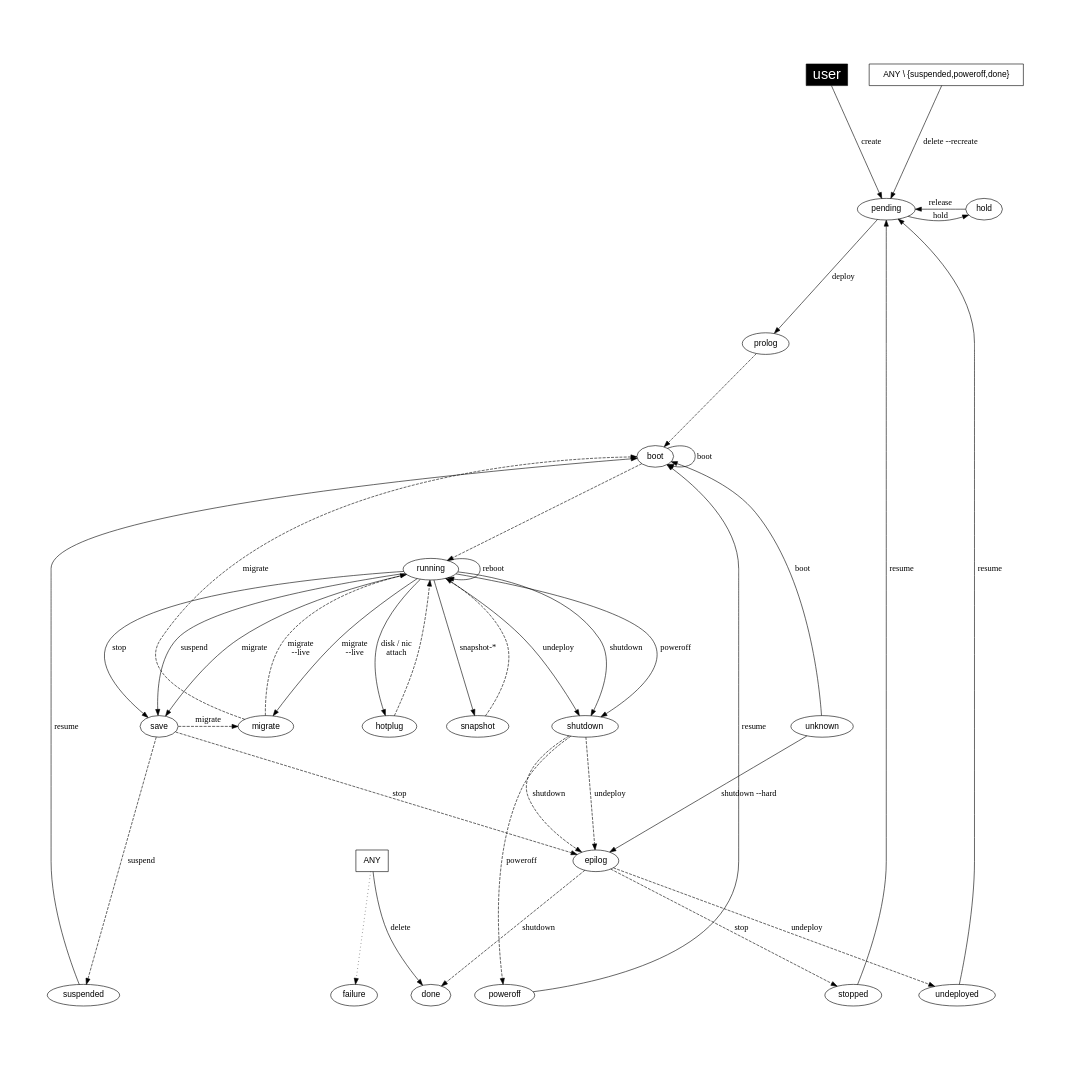
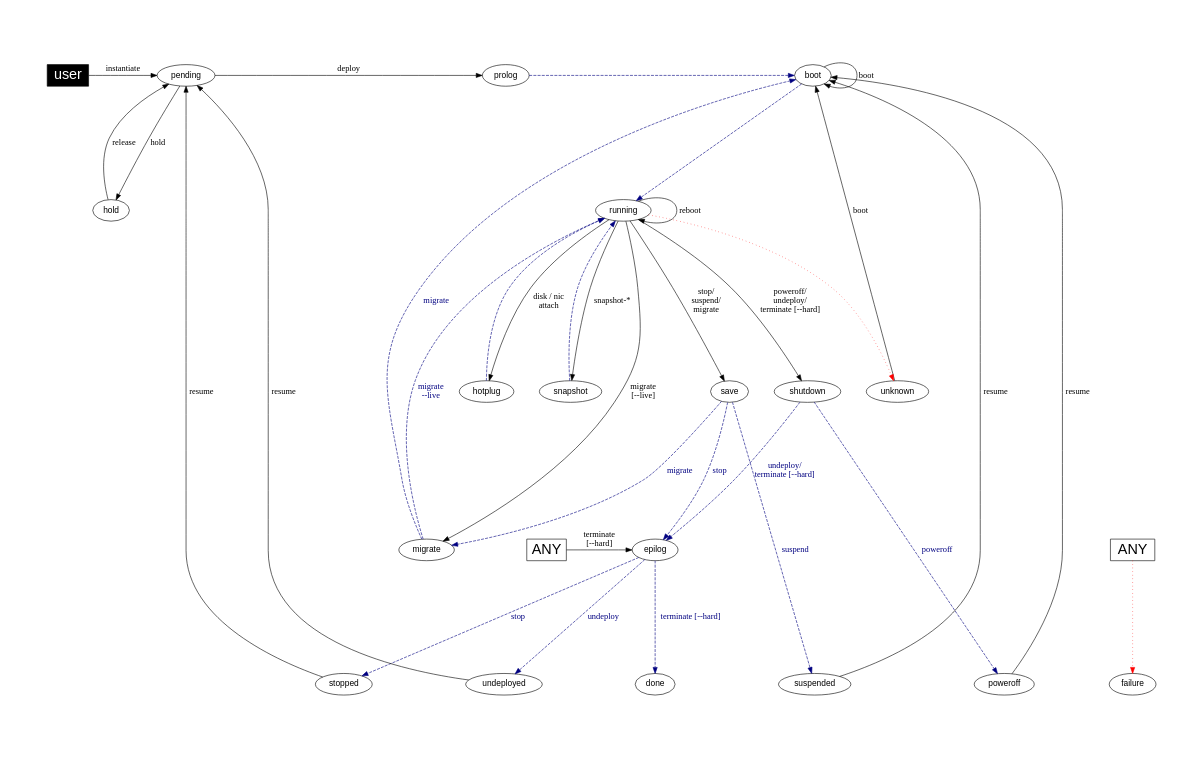
Before and after one commit to OpenNebula/one: the diagram in share/doc/states/states-simple.dot, drawn with Graphviz.

```diff
--- a/share/doc/states/states-simple.dot
+++ b/share/doc/states/states-simple.dot
@@ -1,105 +1,107 @@
 
 
 digraph OpenNebula {
     graph [
-        nodesep= 0.5,
-        ratio=1,
+        nodesep= 0.6,
+        ratio=0.6,
         pad=1,
     ];
 
     node [fontname="Helvetica"];
     edge [fontname="Menlo"];
     
     user [
         fillcolor="black",
         style="filled", shape="box",
         fontcolor="white", fontsize= "24.0"];
 
-    ANY [ shape="box" ];
-    "ANY \\ {suspended,poweroff,done}" [ shape="box" ];
+    ANY [ shape="box", fontsize= "24.0" ];
+    "ANY " [ shape="box", fontsize= "24.0" ];
 
-    subgraph { rank = min; user}
-    subgraph { rank = same; pending; hold; color="white"}
-#    subgraph { rank = same; prolog; boot; color="white" }
-    subgraph { rank = same; migrate; save; shutdown; unknown; hotplug; snapshot;
+    #subgraph { rank = min; user}
+    #subgraph { rank = same; pending; hold; color="white"}
+
+    subgraph { rank = same; user; pending; prolog; boot; color="white"}
+
+    subgraph { rank = same; save; shutdown; unknown; hotplug; snapshot;
         color="white" }
+    subgraph { rank = same; epilog; migrate; ANY; color="white" }
     subgraph { rank = max; suspended; done; failure; stopped; poweroff; undeployed; color="white" }
 
 #   create
-    user -> pending [label="create"];
+    user -> pending [label="instantiate"];
 
 #   deploy
     pending     -> prolog [label="deploy"];
-    prolog      -> boot [style="dashed"];
-    boot        -> running [style="dashed"];
+    prolog      -> boot [style="dashed", color="navy", fontcolor="navy"];
+    boot        -> running [style="dashed", color="navy", fontcolor="navy"];
 
-#   shutdown
-    running     -> shutdown [label="shutdown"];
-    shutdown    -> epilog [label="shutdown", style="dashed"];
-    epilog      -> done [label="shutdown", style="dashed"];
-    unknown     -> epilog [label="shutdown --hard"];
+#   terminate
+    #running     -> shutdown [label="terminate [--hard]"];
+    shutdown    -> epilog [label="undeploy/\nterminate [--hard]", style="dashed", color="navy", fontcolor="navy"];
+    epilog      -> done [label="terminate [--hard]", style="dashed", color="navy", fontcolor="navy"];
 
 #   poweroff
-    running     -> shutdown [label="poweroff"];
-    shutdown    -> poweroff [label="poweroff", style="dashed"];
+    running     -> shutdown [label="poweroff/\nundeploy/\nterminate [--hard]"];
+    shutdown    -> poweroff [label="poweroff", style="dashed", color="navy", fontcolor="navy"];
 
 #   livemigrate
-    running     -> migrate [label="migrate\n--live"];
-    migrate     -> running [label="migrate\n--live", style="dashed"];
+    running     -> migrate [label="migrate\n[--live]"];
+    migrate     -> running [label="migrate\n--live", style="dashed", color="navy", fontcolor="navy"];
 
 #   migrate
-    running     -> save [label="migrate"];
-    save        -> migrate [label="migrate", style="dashed"];
-    migrate     -> boot [label="migrate", style="dashed"];
+    #running     -> save [label="migrate"];
+    save        -> migrate [label="migrate", style="dashed", color="navy", fontcolor="navy"];
+    migrate     -> boot [label="migrate", style="dashed", color="navy", fontcolor="navy"];
 
 #   hold
     pending     -> hold [label="hold"];
 
 #   release
     hold        -> pending [label="release"];
 
 #   stop
-    running     -> save [label="stop"];
-    save        -> epilog [label="stop", style="dashed"];
-    epilog      -> stopped [label="stop", style="dashed"];
+    running     -> save [label="stop/\nsuspend/\nmigrate"];
+    save        -> epilog [label="stop", style="dashed", color="navy", fontcolor="navy"];
+    epilog      -> stopped [label="stop", style="dashed", color="navy", fontcolor="navy"];
 
 #   undeploy
-    running     -> shutdown [label="undeploy"];
-    shutdown    -> epilog [label="undeploy", style="dashed"];
-    epilog      -> undeployed [label="undeploy", style="dashed"];
+    #running     -> shutdown [label="undeploy"];
+    #shutdown    -> epilog [label="undeploy", style="dashed", color="navy", fontcolor="navy"];
+    epilog      -> undeployed [label="undeploy", style="dashed", color="navy", fontcolor="navy"];
 
 #   suspend
-    running     -> save [label="suspend"];
-    save        -> suspended [label="suspend", style="dashed"];
+    #running     -> save [label="suspend"];
+    save        -> suspended [label="suspend", style="dashed", color="navy", fontcolor="navy"];
 
 #   resume
     stopped     -> pending [label="resume"];
     undeployed  -> pending [label="resume"];
     suspended   -> boot [label="resume"];
     poweroff    -> boot [label="resume"];
 
 #   delete
-    ANY         -> done [label="delete"];
+    ANY         -> epilog [label="terminate\n[--hard]"];
 
 #   restart
     unknown     -> boot [label="boot"];
     boot        -> boot [label="boot"];
 
 #   reboot
     running     -> running [label="reboot"];
 
 #   disk-attach nic-attach
 #    running     -> hotplug [label="disk / nic -\n attach / detach"]
     running     -> hotplug [label="disk / nic\nattach"]
-    hotplug     -> running [style="dashed"];
+    hotplug     -> running [style="dashed", color="navy", fontcolor="navy"];
 
 #   snapshot
     running     -> snapshot [label="snapshot-*"]
-    snapshot    -> running [style="dashed"];
-
-#   resubmit
-    "ANY \\ {suspended,poweroff,done}" -> pending [label="delete --recreate"];
+    snapshot    -> running [style="dashed", color="navy", fontcolor="navy"];
 
 #   failures and misc.
-    ANY         -> failure [style="dotted"];
+    "ANY "  -> failure [style="dotted", color="red"];
+
+    running -> unknown [style="dotted", color="red"];
+    #unknown -> running [style="dashed", color="navy", fontcolor="navy"];
 }
```
